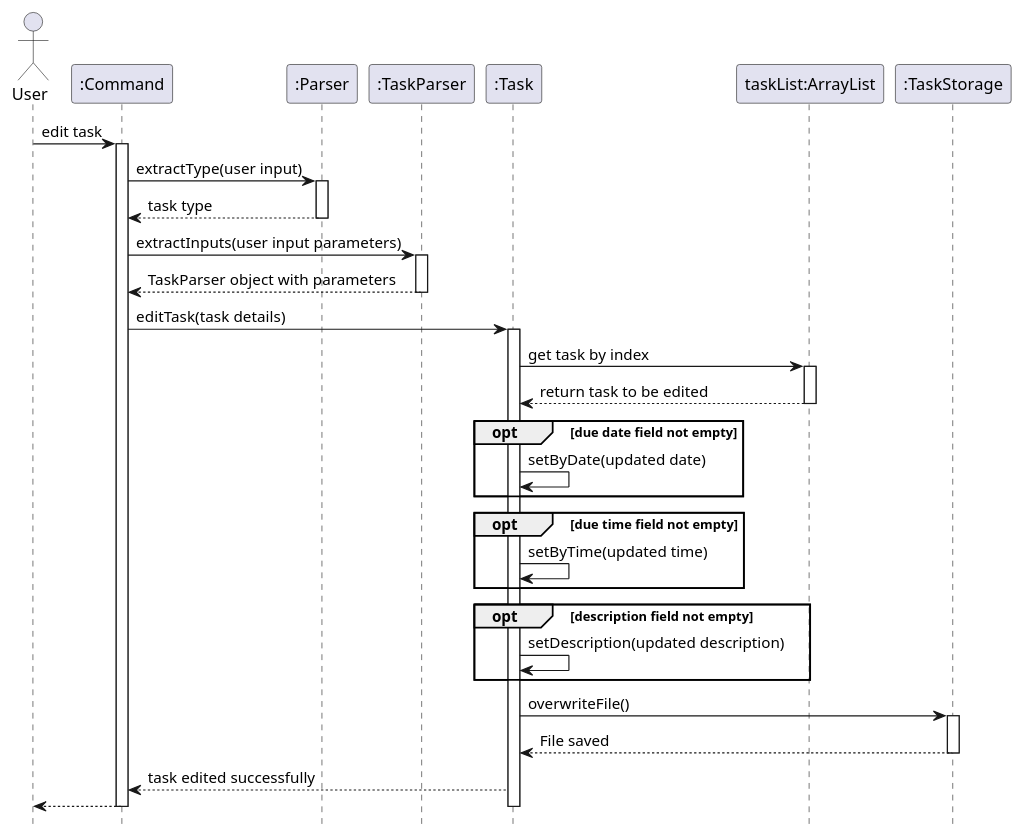
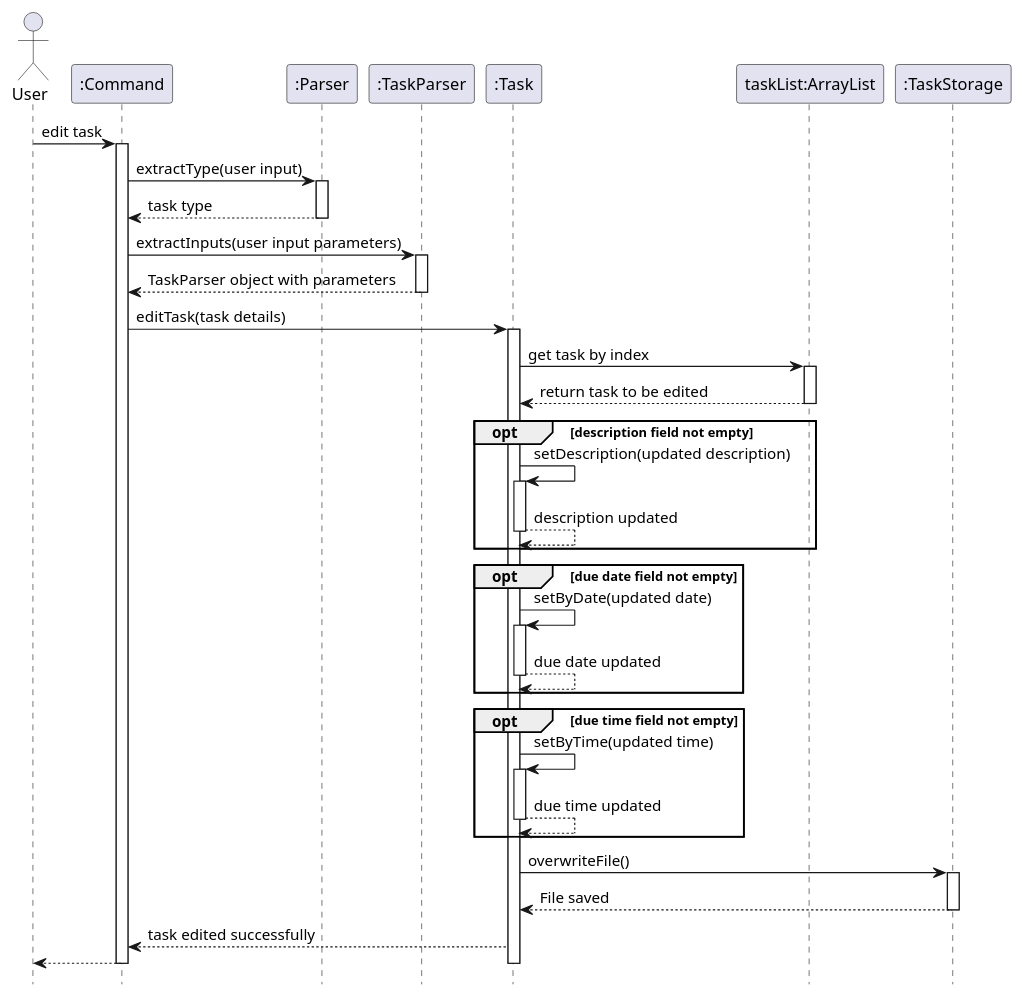
Before and after one commit to AY2425S2-CS2113-T11b-3/tp: the diagram in docs/diagrams/taskSequenceDiagrams/EditTaskSequenceDiagram.puml, drawn with PlantUML. The commit also changed 3 other files, not shown here.

Commit message:
Update task edit sequence diagram

```diff
--- a/docs/diagrams/taskSequenceDiagrams/EditTaskSequenceDiagram.puml
+++ b/docs/diagrams/taskSequenceDiagrams/EditTaskSequenceDiagram.puml
@@ -1,62 +1,72 @@
 @startuml
 
 hide footbox
 actor User
 participant ":Command" as Command
 participant ":Parser" as Parser
 participant ":TaskParser" as TaskParser
 participant ":Task" as Task
 participant "taskList:ArrayList" as taskList
 participant ":TaskStorage" as TaskStorage
 
 User -> Command : edit task
 activate Command
 
 Command -> Parser : extractType(user input)
 activate Parser
+
 Parser --> Command : task type
 deactivate Parser
 
 Command -> TaskParser : extractInputs(user input parameters)
 activate TaskParser
+
 TaskParser --> Command : TaskParser object with parameters
 deactivate TaskParser
 
 Command-> Task : editTask(task details)
 
 activate Task
 
 Task -> taskList : get task by index
 activate taskList
+
 taskList --> Task : return task to be edited
 deactivate taskList
 
+opt description field not empty
+    Task -> Task : setDescription(updated description)
+    activate Task
+    Task --> Task : description updated
+    deactivate Task
+end
+
 opt due date field not empty
     Task -> Task : setByDate(updated date)
-
+    activate Task
+    Task --> Task : due date updated
+    deactivate Task
 end
 
 opt due time field not empty
     Task -> Task : setByTime(updated time)
-
-end
-
-opt description field not empty
-    Task -> Task : setDescription(updated description)
-
+    activate Task
+    Task --> Task : due time updated
+    deactivate Task
 end
 
 Task -> TaskStorage : overwriteFile()
 activate TaskStorage
+
 TaskStorage --> Task : File saved
 deactivate TaskStorage
 
 deactivate taskList
 
 Task --> Command : task edited successfully
 Command --> User
 deactivate Command
 
 deactivate Task
 
 @enduml
```
